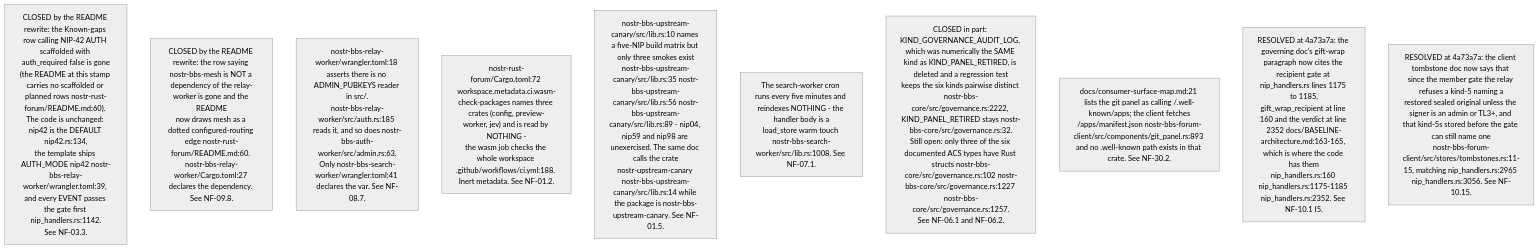
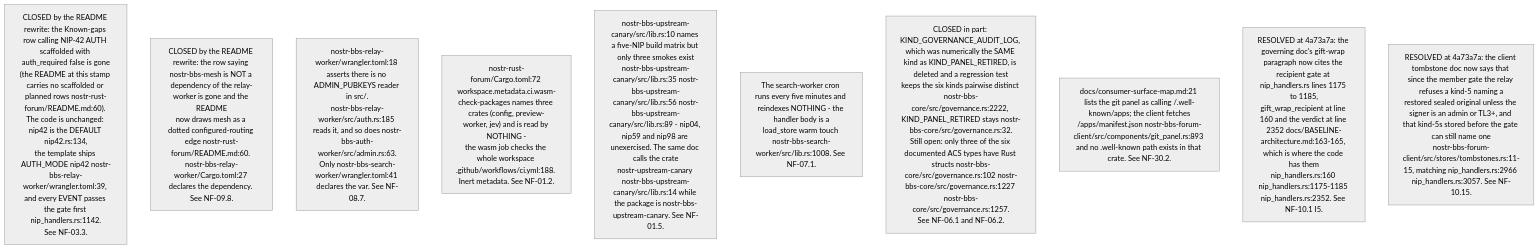
Before and after one commit to DreamLab-AI/VisionFlow: the fifth of 15 diagrams in docs/diagrams/nostr-rust-forum/10-invariants-and-anomaly-register.md, drawn with Mermaid (neutral theme). The commit also changed other lines of this file and 23 other files, not shown here.

First line of the commit message:
docs(diagrams): pass C nostr-rust-forum area re-verified at de31aaa

````diff
--- a/docs/diagrams/nostr-rust-forum/10-invariants-and-anomaly-register.md
+++ b/docs/diagrams/nostr-rust-forum/10-invariants-and-anomaly-register.md
@@ -188,13 +189,13 @@
 ```mermaid
 flowchart TB
     DD1["CLOSED by the README rewrite: the Known-gaps row calling NIP-42 AUTH scaffolded with auth_required false is gone<br/>(the README at this stamp carries no scaffolded or planned rows nostr-rust-forum/README.md:60). The code is unchanged: nip42 is the DEFAULT nip42.rs:134,<br/>the template ships AUTH_MODE nip42 nostr-bbs-relay-worker/wrangler.toml:39, and every EVENT passes the gate first nip_handlers.rs:1142.<br/>See NF-03.3."]
     DD2["CLOSED by the README rewrite: the row saying nostr-bbs-mesh is NOT a dependency of the relay-worker is gone and the README<br/>now draws mesh as a dotted configured-routing edge nostr-rust-forum/README.md:60. nostr-bbs-relay-worker/Cargo.toml:27 declares the dependency. See NF-09.8."]
     DD3["nostr-bbs-relay-worker/wrangler.toml:18 asserts there is no ADMIN_PUBKEYS reader in src/.<br/>nostr-bbs-relay-worker/src/auth.rs:185 reads it, and so does nostr-bbs-auth-worker/src/admin.rs:63.<br/>Only nostr-bbs-search-worker/wrangler.toml:41 declares the var. See NF-08.7."]
     DD4["nostr-rust-forum/Cargo.toml:72 workspace.metadata.ci.wasm-check-packages names three crates (config, preview-worker, jev) and is read by NOTHING -<br/>the wasm job checks the whole workspace .github/workflows/ci.yml:188. Inert metadata. See NF-01.2."]
     DD5["nostr-bbs-upstream-canary/src/lib.rs:10 names a five-NIP build matrix but only three smokes exist<br/>nostr-bbs-upstream-canary/src/lib.rs:35 nostr-bbs-upstream-canary/src/lib.rs:56 nostr-bbs-upstream-canary/src/lib.rs:89 - nip04, nip59 and nip98 are unexercised. The same doc calls the crate<br/>nostr-upstream-canary nostr-bbs-upstream-canary/src/lib.rs:14 while the package is nostr-bbs-upstream-canary. See NF-01.5."]
     DD6["The search-worker cron runs every five minutes and reindexes NOTHING - the handler body is a<br/>load_store warm touch nostr-bbs-search-worker/src/lib.rs:1008. See NF-07.1."]
     DD7["CLOSED in part: KIND_GOVERNANCE_AUDIT_LOG, which was numerically the SAME kind as KIND_PANEL_RETIRED, is deleted and a regression test<br/>keeps the six kinds pairwise distinct nostr-bbs-core/src/governance.rs:2222, KIND_PANEL_RETIRED stays nostr-bbs-core/src/governance.rs:32.<br/>Still open: only three of the six documented ACS types have Rust structs nostr-bbs-core/src/governance.rs:102 nostr-bbs-core/src/governance.rs:1227 nostr-bbs-core/src/governance.rs:1257.<br/>See NF-06.1 and NF-06.2."]
     DD8["docs/consumer-surface-map.md:21 lists the git panel as calling /.well-known/apps; the client fetches<br/>/apps/manifest.json nostr-bbs-forum-client/src/components/git_panel.rs:893 and no .well-known path exists in that crate. See NF-30.2."]
     DD9["RESOLVED at 4a73a7a: the governing doc's gift-wrap paragraph now cites the recipient gate at nip_handlers.rs lines 1175 to 1185,<br/>gift_wrap_recipient at line 160 and the verdict at line 2352 docs/BASELINE-architecture.md:163-165, which is where the code has them<br/>nip_handlers.rs:160 nip_handlers.rs:1175-1185 nip_handlers.rs:2352. See NF-10.1 I5."]
-    DD10["RESOLVED at 4a73a7a: the client tombstone doc now says that since the member gate the relay refuses a kind-5 naming a<br/>restored sealed original unless the signer is an admin or TL3+, and that kind-5s stored before the gate can still name one<br/>nostr-bbs-forum-client/src/stores/tombstones.rs:11-15, matching nip_handlers.rs:2965 nip_handlers.rs:3056. See NF-10.15."]
+    DD10["RESOLVED at 4a73a7a: the client tombstone doc now says that since the member gate the relay refuses a kind-5 naming a<br/>restored sealed original unless the signer is an admin or TL3+, and that kind-5s stored before the gate can still name one<br/>nostr-bbs-forum-client/src/stores/tombstones.rs:11-15, matching nip_handlers.rs:2966 nip_handlers.rs:3057. See NF-10.15."]
 ```
````
